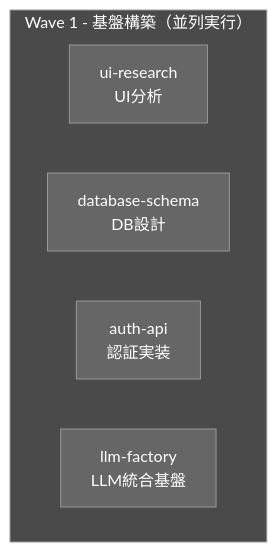
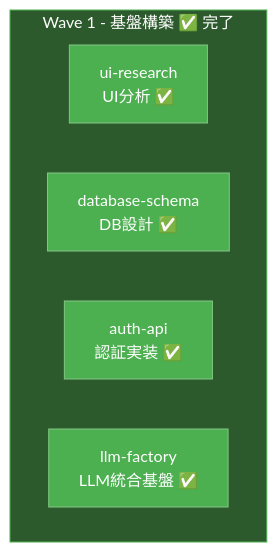
Before and after one commit to langcore-org/united-productions-web: the first of 5 diagrams in docs/initial_dev/agent-swarm-guide.md, drawn with Mermaid. The commit also changed other lines of this file and 31 other files, not shown here.

````diff
--- a/docs/initial_dev/agent-swarm-guide.md
+++ b/docs/initial_dev/agent-swarm-guide.md
@@ -86,15 +118,15 @@
 ```mermaid
 flowchart TD
-    subgraph Wave1["Wave 1 - 基盤構築（並列実行）"]
-        A[ui-research<br/>UI分析]
-        B[database-schema<br/>DB設計]
-        C[auth-api<br/>認証実装]
-        D[llm-factory<br/>LLM統合基盤]
+    subgraph Wave1["Wave 1 - 基盤構築 ✅ 完了"]
+        A[ui-research<br/>UI分析 ✅]
+        B[database-schema<br/>DB設計 ✅]
+        C[auth-api<br/>認証実装 ✅]
+        D[llm-factory<br/>LLM統合基盤 ✅]
     end
     
-    style Wave1 fill:#4a4a4a,stroke:#999,color:#fff
-    style A fill:#666,stroke:#999,color:#fff
-    style B fill:#666,stroke:#999,color:#fff
-    style C fill:#666,stroke:#999,color:#fff
-    style D fill:#666,stroke:#999,color:#fff
+    style Wave1 fill:#2d5a2d,stroke:#4caf50,color:#fff
+    style A fill:#4caf50,stroke:#81c784,color:#fff
+    style B fill:#4caf50,stroke:#81c784,color:#fff
+    style C fill:#4caf50,stroke:#81c784,color:#fff
+    style D fill:#4caf50,stroke:#81c784,color:#fff
 ```
````
